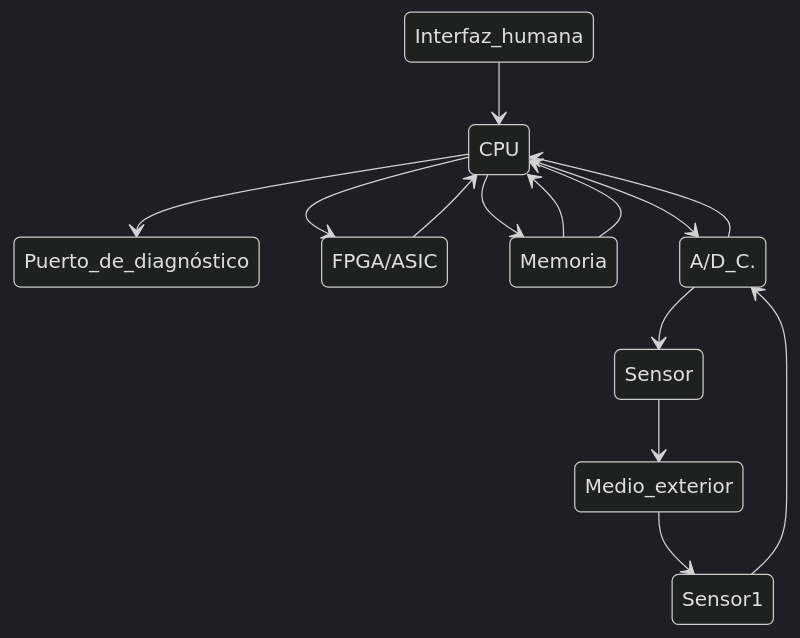
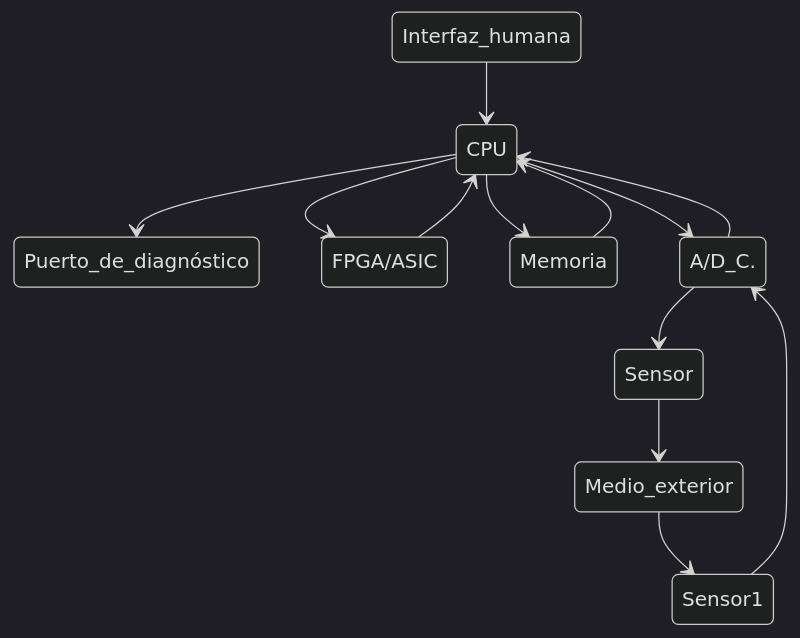
One commit to varoque/405ssedm changed the diagram in Tema_1/Actividad1_Conferencia1.md. Above: the diagram before and after it, drawn with Mermaid (dark theme). The commit also changed other lines of this file, not shown here.

````diff
--- a/Tema_1/Actividad1_Conferencia1.md
+++ b/Tema_1/Actividad1_Conferencia1.md
@@ -41,16 +41,15 @@
 ```mermaid
 stateDiagram-v2
     Interfaz_humana --> CPU
     CPU --> Puerto_de_diagnóstico
     FPGA/ASIC --> CPU
     CPU --> FPGA/ASIC
     Memoria --> CPU
     CPU --> Memoria
-    Memoria --> CPU
     A/D_C. --> CPU
     CPU --> A/D_C.
     A/D_C. --> Sensor
     Sensor --> Medio_exterior
     Medio_exterior --> Sensor1
     Sensor1 --> A/D_C.
 ```
````
